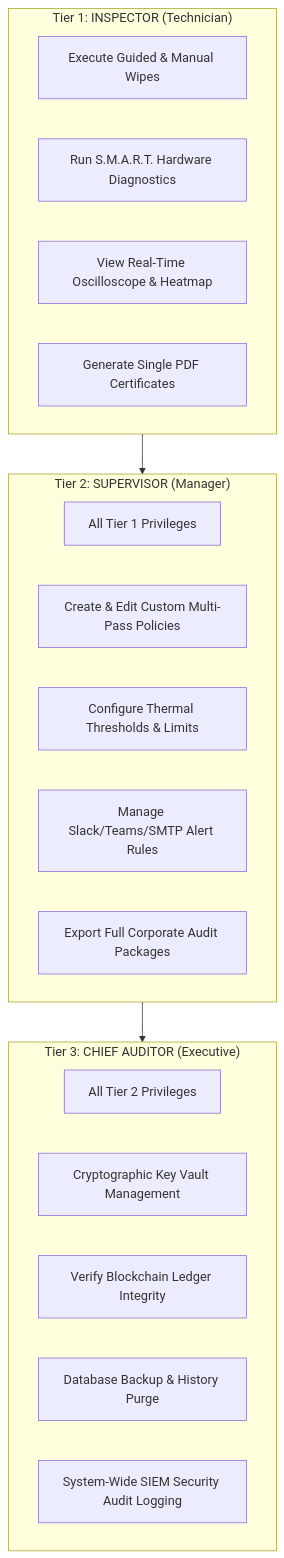
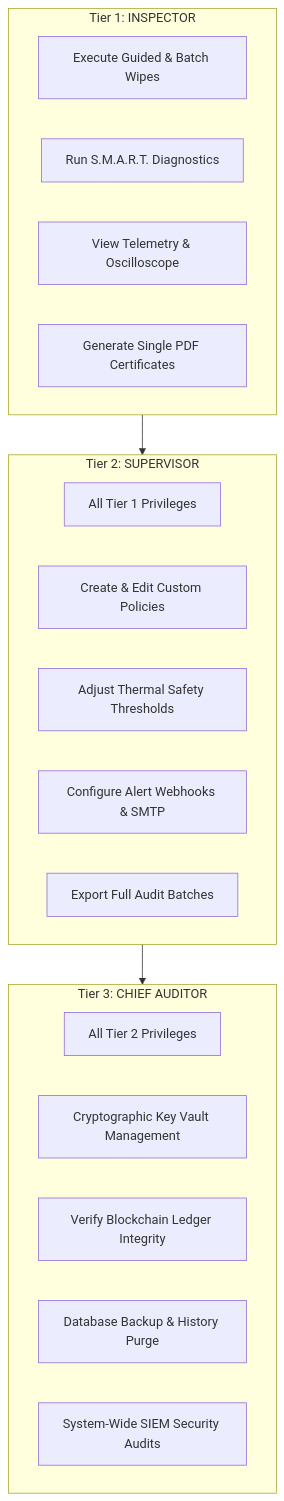
One commit to pranaash31/Secure-Data-Wiping changed diagram 14 of 24 in PROJECT_STUDY_GUIDE.md. Above: the diagram before and after it, drawn with Mermaid. The commit also changed other lines of this file, not shown here.

````diff
--- a/PROJECT_STUDY_GUIDE.md
+++ b/PROJECT_STUDY_GUIDE.md
@@ -572,28 +529,27 @@
 ```mermaid
 flowchart TD
-    subgraph T1["Tier 1: INSPECTOR (Technician)"]
-        T1_A[Execute Guided & Manual Wipes]
-        T1_B[Run S.M.A.R.T. Hardware Diagnostics]
-        T1_C[View Real-Time Oscilloscope & Heatmap]
+    subgraph T1["Tier 1: INSPECTOR"]
+        T1_A[Execute Guided & Batch Wipes]
+        T1_B[Run S.M.A.R.T. Diagnostics]
+        T1_C[View Telemetry & Oscilloscope]
         T1_D[Generate Single PDF Certificates]
     end
 
-    subgraph T2["Tier 2: SUPERVISOR (Manager)"]
+    subgraph T2["Tier 2: SUPERVISOR"]
         T2_A[All Tier 1 Privileges]
-        T2_B[Create & Edit Custom Multi-Pass Policies]
-        T2_C[Configure Thermal Thresholds & Limits]
-        T2_D[Manage Slack/Teams/SMTP Alert Rules]
-        T2_E[Export Full Corporate Audit Packages]
+        T2_B[Create & Edit Custom Policies]
+        T2_C[Adjust Thermal Safety Thresholds]
+        T2_D[Configure Alert Webhooks & SMTP]
+        T2_E[Export Full Audit Batches]
     end
 
-    subgraph T3["Tier 3: CHIEF AUDITOR (Executive)"]
+    subgraph T3["Tier 3: CHIEF AUDITOR"]
         T3_A[All Tier 2 Privileges]
         T3_B[Cryptographic Key Vault Management]
         T3_C[Verify Blockchain Ledger Integrity]
         T3_D[Database Backup & History Purge]
-        T3_E[System-Wide SIEM Security Audit Logging]
+        T3_E[System-Wide SIEM Security Audits]
     end
 
-    T1 --> T2
-    T2 --> T3
+    T1 --> T2 --> T3
 ```
````
